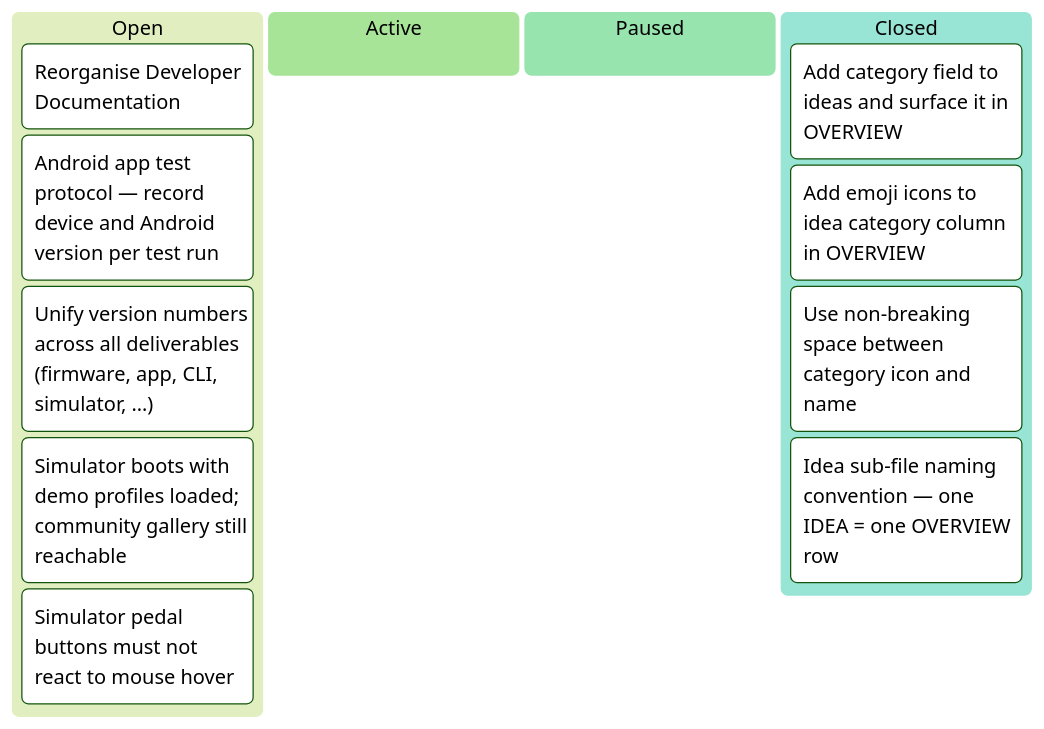
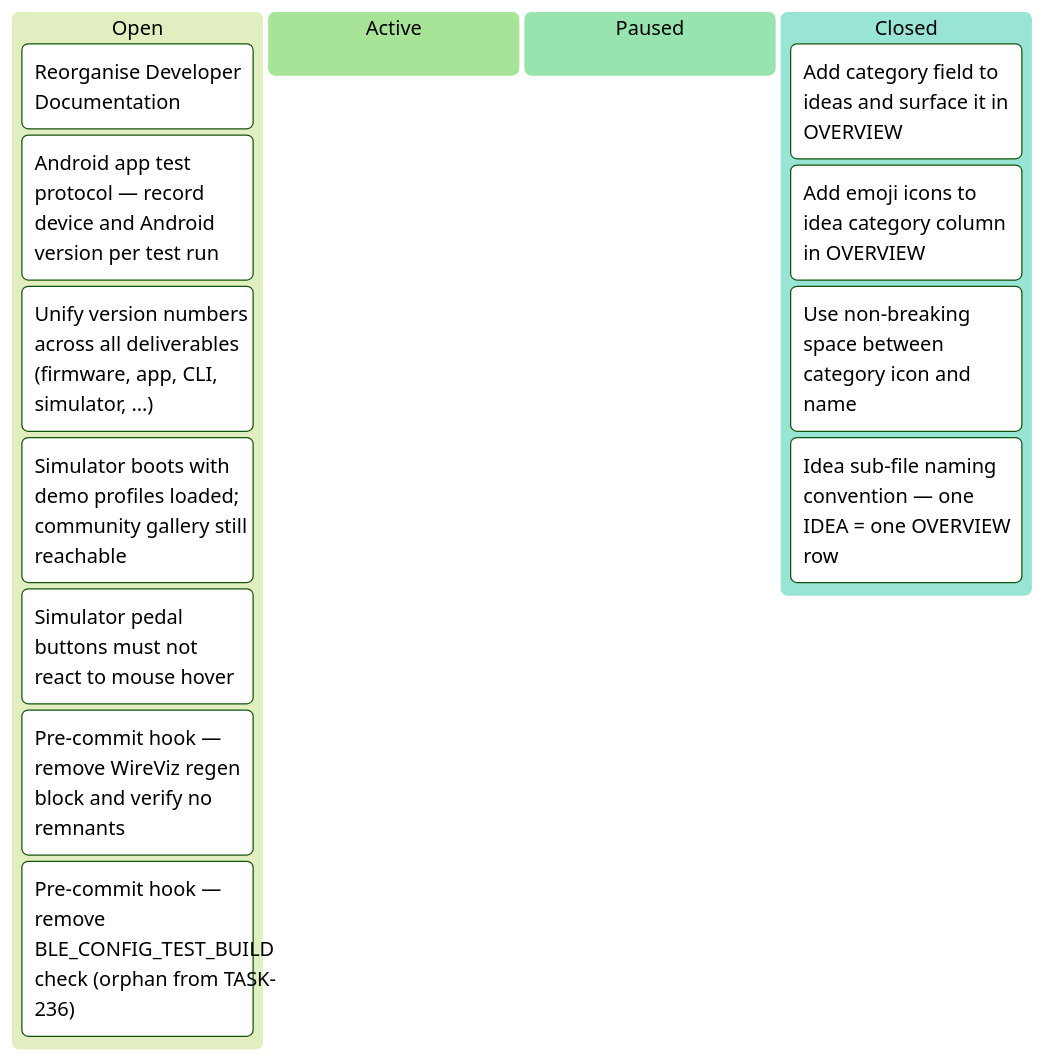
Before and after one commit to tgd1975/AwesomeStudioPedal: the sixth of 6 diagrams in docs/developers/tasks/KANBAN.md, drawn with Mermaid (forest theme). The commit also changed other lines of this file and 8 other files, not shown here.

````diff
--- a/docs/developers/tasks/KANBAN.md
+++ b/docs/developers/tasks/KANBAN.md
@@ -88,16 +88,18 @@
 ```mermaid
 kanban
   Open
     TASK_148["Reorganise Developer Documentation"]
     TASK_259["Android app test protocol — record device and Android version per test run"]
     TASK_260["Unify version numbers across all deliverables (firmware, app, CLI, simulator, …)"]
     TASK_303["Simulator boots with demo profiles loaded; community gallery still reachable"]
     TASK_304["Simulator pedal buttons must not react to mouse hover"]
+    TASK_319["Pre-commit hook — remove WireViz regen block and verify no remnants"]
+    TASK_320["Pre-commit hook — remove BLE_CONFIG_TEST_BUILD check (orphan from TASK-236)"]
   Active
   Paused
   Closed
     TASK_305["Add category field to ideas and surface it in OVERVIEW"]
     TASK_313["Add emoji icons to idea category column in OVERVIEW"]
     TASK_314["Use non-breaking space between category icon and name"]
     TASK_315["Idea sub-file naming convention — one IDEA = one OVERVIEW row"]
 ```
````
